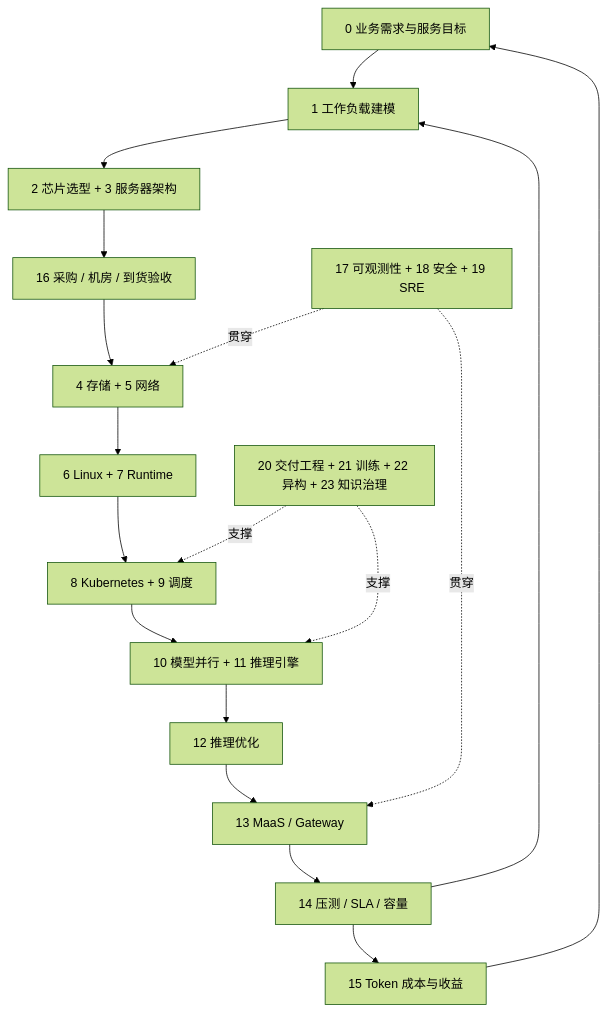
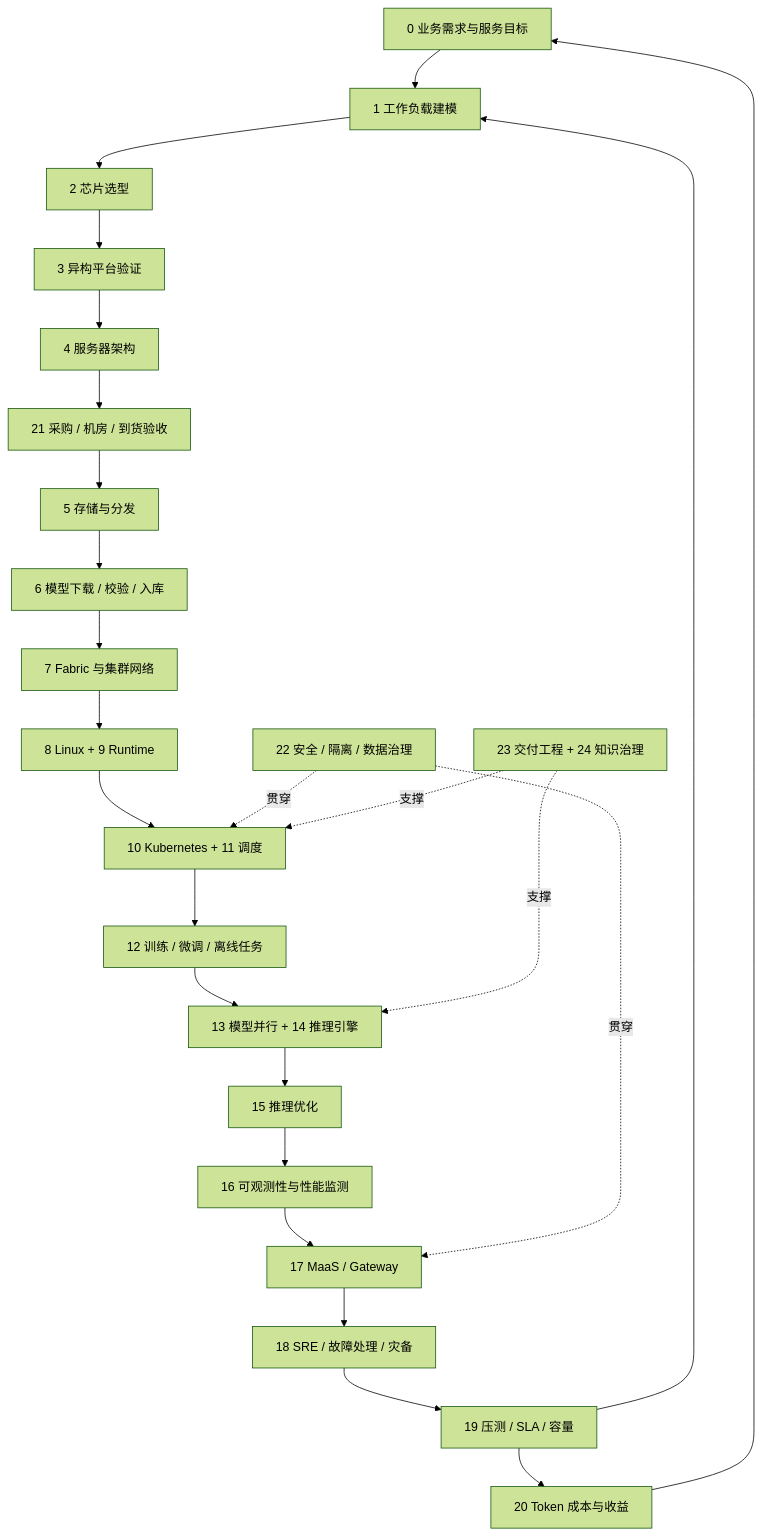
The diagram in AI_INFRA_KNOWLEDGE_BASE.md (KurisuZhang/codex-catl), drawn with Mermaid (forest theme) before and after one commit. The commit also changed other lines of this file, not shown here.

````diff
--- a/AI_INFRA_KNOWLEDGE_BASE.md
+++ b/AI_INFRA_KNOWLEDGE_BASE.md
@@ -56,20 +56,27 @@
 ```mermaid
 flowchart TD
     A[0 业务需求与服务目标] --> B[1 工作负载建模]
-    B --> C[2 芯片选型 + 3 服务器架构]
-    C --> P[16 采购 / 机房 / 到货验收]
-    P --> D[4 存储 + 5 网络]
-    D --> E[6 Linux + 7 Runtime]
-    E --> F[8 Kubernetes + 9 调度]
-    F --> G[10 模型并行 + 11 推理引擎]
-    G --> H[12 推理优化]
-    H --> I[13 MaaS / Gateway]
-    I --> J[14 压测 / SLA / 容量]
-    J --> K[15 Token 成本与收益]
+    B --> C[2 芯片选型]
+    C --> V[3 异构平台验证]
+    V --> S[4 服务器架构]
+    S --> P[21 采购 / 机房 / 到货验收]
+    P --> D[5 存储与分发]
+    D --> M[6 模型下载 / 校验 / 入库]
+    M --> N[7 Fabric 与集群网络]
+    N --> E[8 Linux + 9 Runtime]
+    E --> F[10 Kubernetes + 11 调度]
+    F --> T[12 训练 / 微调 / 离线任务]
+    T --> G[13 模型并行 + 14 推理引擎]
+    G --> H[15 推理优化]
+    H --> O[16 可观测性与性能监测]
+    O --> I[17 MaaS / Gateway]
+    I --> R[18 SRE / 故障处理 / 灾备]
+    R --> J[19 压测 / SLA / 容量]
+    J --> K[20 Token 成本与收益]
     J --> B
     K --> A
-    X[17 可观测性 + 18 安全 + 19 SRE] -.贯穿.-> D
+    X[22 安全 / 隔离 / 数据治理] -.贯穿.-> F
     X -.贯穿.-> I
-    Y[20 交付工程 + 21 训练 + 22 异构 + 23 知识治理] -.支撑.-> F
+    Y[23 交付工程 + 24 知识治理] -.支撑.-> F
     Y -.支撑.-> G
 ```
````
